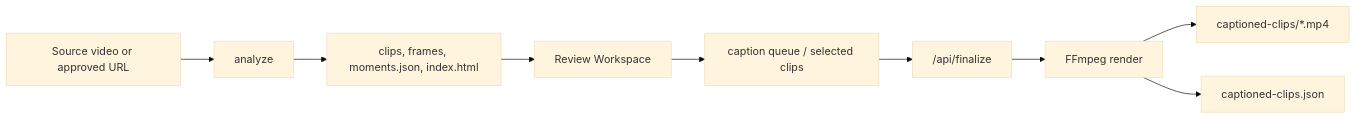
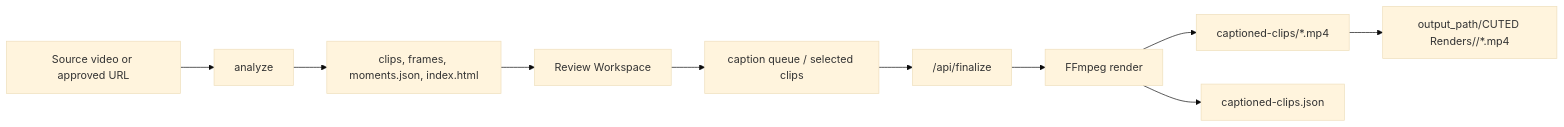
One commit to edubertin/CUTED changed the diagram in docs/architecture/RENDER_PIPELINE.md. Above: the diagram before and after it, drawn with Mermaid (base theme). The commit also changed other lines of this file and 4 other files, not shown here.

````diff
--- a/docs/architecture/RENDER_PIPELINE.md
+++ b/docs/architecture/RENDER_PIPELINE.md
@@ -9,11 +9,12 @@
 ```mermaid
 flowchart LR
   A["Source video or approved URL"] --> B["analyze"]
   B --> C["clips, frames, moments.json, index.html"]
   C --> D["Review Workspace"]
   D --> E["caption queue / selected clips"]
   E --> F["/api/finalize"]
   F --> G["FFmpeg render"]
   G --> H["captioned-clips/*.mp4"]
   G --> I["captioned-clips.json"]
+  H --> J["output_path/CUTED Renders/<import>/*.mp4"]
 ```
````
